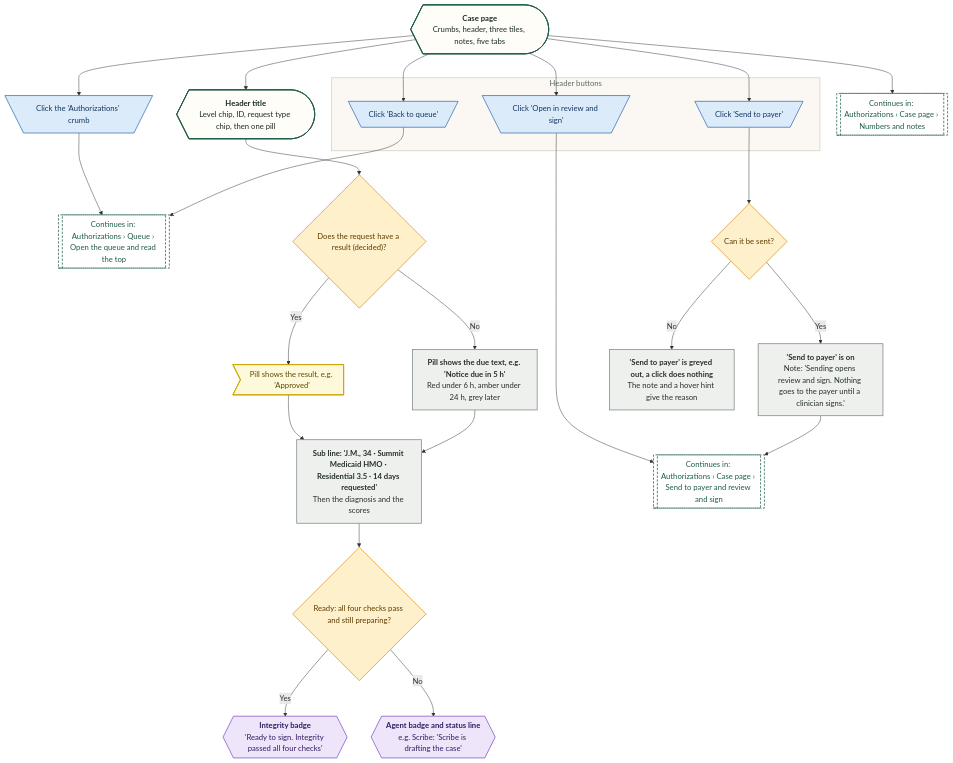
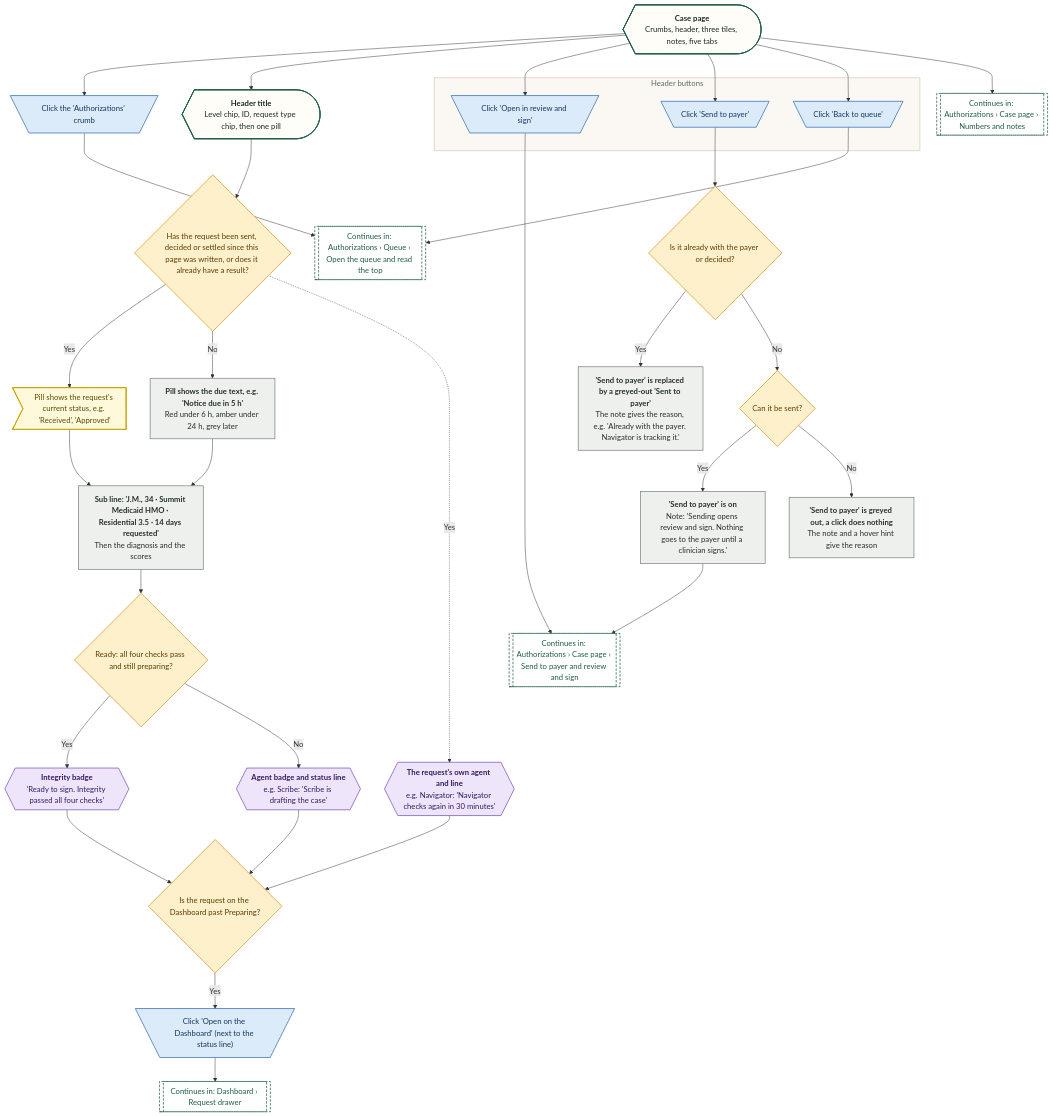
One commit to Shrav143/psyfloapp changed the seventh of 26 diagrams in demos/prior-auth-demo/workflows/out/md/03-authorizations.md. Above: the diagram before and after it, drawn with Mermaid. The commit also changed other lines of this file and 195 other files, not shown here.

First line of the commit message:
docs: Rebuild workflow diagrams after the demo fixes (220 diagrams)

````diff
--- a/demos/prior-auth-demo/workflows/out/md/03-authorizations.md
+++ b/demos/prior-auth-demo/workflows/out/md/03-authorizations.md
@@ -511,64 +527,77 @@
 ```mermaid
 %%{init: {"theme":"base","themeVariables":{"fontFamily":"'DM Sans', 'Segoe UI', system-ui, sans-serif","fontSize":"15px","lineColor":"#5B6B63","primaryTextColor":"#1C2B25","clusterBkg":"#FBF8F3","clusterBorder":"#D9CDBB","edgeLabelBackground":"#FFFFFF"},"flowchart":{"curve":"basis","nodeSpacing":36,"rankSpacing":48,"padding":12,"htmlLabels":true,"useMaxWidth":false,"wrappingWidth":230}} }%%
 flowchart TD
   classDef k_start fill:#1F5C4B,stroke:#174638,color:#FFFFFF,stroke-width:1.5px,font-weight:600
   classDef k_end fill:#DDEFE3,stroke:#2E7D4F,color:#14502F,stroke-width:1.5px,font-weight:600
   classDef k_endx fill:#FBE3E0,stroke:#C0392B,color:#7A1F16,stroke-width:1.5px,font-weight:600
   classDef k_screen fill:#FFFDF8,stroke:#1F5C4B,color:#1C2B25,stroke-width:2px
   classDef k_overlay fill:#F1F7F3,stroke:#1F5C4B,color:#1C2B25,stroke-width:2px,stroke-dasharray:5 3
   classDef k_click fill:#DCEBFA,stroke:#2F6DB5,color:#12365F,stroke-width:1.5px
   classDef k_input fill:#E4E7FF,stroke:#4C5FD5,color:#1D2670,stroke-width:1.5px
   classDef k_process fill:#EEF0EE,stroke:#7A857F,color:#26302B,stroke-width:1.5px
   classDef k_agent fill:#EEE5FA,stroke:#7A4FC2,color:#341A63,stroke-width:1.5px
   classDef k_decision fill:#FFF0CC,stroke:#D9962B,color:#5C3B00,stroke-width:1.5px
   classDef k_store fill:#D5F0EA,stroke:#1C8E7B,color:#0B4A3F,stroke-width:1.5px
   classDef k_doc fill:#F6E9DC,stroke:#B07A4C,color:#4A2E14,stroke-width:1.5px
   classDef k_ext fill:#FFE6D2,stroke:#E07B39,color:#6B2F06,stroke-width:1.5px
   classDef k_wait fill:#E4E8EE,stroke:#6B7C93,color:#26303D,stroke-width:1.5px
   classDef k_toast fill:#FFF9DB,stroke:#C9A400,color:#5A4A00,stroke-width:1.5px
   classDef k_goto fill:#FFFFFF,stroke:#1F5C4B,color:#1F5C4B,stroke-width:1.5px,stroke-dasharray:5 3
   pg@{ shape: curv-trap, label: "<b>Case page</b><br/>Crumbs, header, three tiles, notes, five tabs" }
   cr@{ shape: trap-t, label: "Click the 'Authorizations' crumb" }
   gQ@{ shape: subproc, label: "Continues in: Authorizations › Queue › Open the queue and read the top" }
   hd@{ shape: curv-trap, label: "<b>Header title</b><br/>Level chip, ID, request type chip, then one pill" }
-  dCh@{ shape: diam, label: "Does the request have a result (decided)?" }
-  pc@{ shape: odd, label: "Pill shows the result, e.g. 'Approved'" }
+  dCh@{ shape: diam, label: "Has the request been sent, decided or settled since this page was written, or does it already have a result?" }
+  pc@{ shape: odd, label: "Pill shows the request's current status, e.g. 'Received', 'Approved'" }
   pd@{ shape: rect, label: "<b>Pill shows the due text, e.g. 'Notice due in 5 h'</b><br/>Red under 6 h, amber under 24 h, grey later" }
   sub@{ shape: rect, label: "<b>Sub line: 'J.M., 34 · Summit Medicaid HMO · Residential 3.5 · 14 days requested'</b><br/>Then the diagnosis and the scores" }
   dRd@{ shape: diam, label: "Ready: all four checks pass and still preparing?" }
   ag1@{ shape: hex, label: "<b>Integrity badge</b><br/>'Ready to sign. Integrity passed all four checks'" }
+  ag3@{ shape: hex, label: "<b>The request's own agent and line</b><br/>e.g. Navigator: 'Navigator checks again in 30 minutes'" }
   ag2@{ shape: hex, label: "<b>Agent badge and status line</b><br/>e.g. Scribe: 'Scribe is drafting the case'" }
+  dDb@{ shape: diam, label: "Is the request on the Dashboard past Preparing?" }
+  od@{ shape: trap-t, label: "Click 'Open on the Dashboard' (next to the status line)" }
+  gDb@{ shape: subproc, label: "Continues in: Dashboard › Request drawer" }
   subgraph gBt ["Header buttons"]
   b1@{ shape: trap-t, label: "Click 'Open in review and sign'" }
   b2@{ shape: trap-t, label: "Click 'Send to payer'" }
   b3@{ shape: trap-t, label: "Click 'Back to queue'" }
   end
+  dSn@{ shape: diam, label: "Is it already with the payer or decided?" }
+  sn@{ shape: rect, label: "<b>'Send to payer' is replaced by a greyed-out 'Sent to payer'</b><br/>The note gives the reason, e.g. 'Already with the payer. Navigator is tracking it.'" }
   dEn@{ shape: diam, label: "Can it be sent?" }
   on@{ shape: rect, label: "<b>'Send to payer' is on</b><br/>Note: 'Sending opens review and sign. Nothing goes to the payer until a clinician signs.'" }
   off@{ shape: rect, label: "<b>'Send to payer' is greyed out, a click does nothing</b><br/>The note and a hover hint give the reason" }
   gS@{ shape: subproc, label: "Continues in: Authorizations › Case page › Send to payer and review and sign" }
   gN@{ shape: subproc, label: "Continues in: Authorizations › Case page › Numbers and notes" }
   pg --> cr --> gQ
   pg --> hd --> dCh
   dCh -->|"Yes"| pc
   dCh -->|"No"| pd
   pc --> sub
   pd --> sub
   sub --> dRd
   dRd -->|"Yes"| ag1
   dRd -->|"No"| ag2
+  dCh -.->|"Yes"| ag3
+  ag1 --> dDb
+  ag2 --> dDb
+  ag3 --> dDb
+  dDb -->|"Yes"| od --> gDb
   pg --> b1 --> gS
-  pg --> b2 --> dEn
+  pg --> b2 --> dSn
+  dSn -->|"Yes"| sn
+  dSn -->|"No"| dEn
   dEn -->|"Yes"| on --> gS
   dEn -->|"No"| off
   pg --> b3 --> gQ
   pg --> gN
   class pg,hd k_screen
-  class cr,b1,b2,b3 k_click
-  class gQ,gS,gN k_goto
-  class dCh,dRd,dEn k_decision
+  class cr,od,b1,b2,b3 k_click
+  class gQ,gDb,gS,gN k_goto
+  class dCh,dRd,dDb,dSn,dEn k_decision
   class pc k_toast
-  class pd,sub,on,off k_process
-  class ag1,ag2 k_agent
+  class pd,sub,sn,on,off k_process
+  class ag1,ag3,ag2 k_agent
   style gBt fill:#FBF8F3,stroke:#D9CDBB,stroke-width:1.5px,color:#5B6B63
 ```
````
